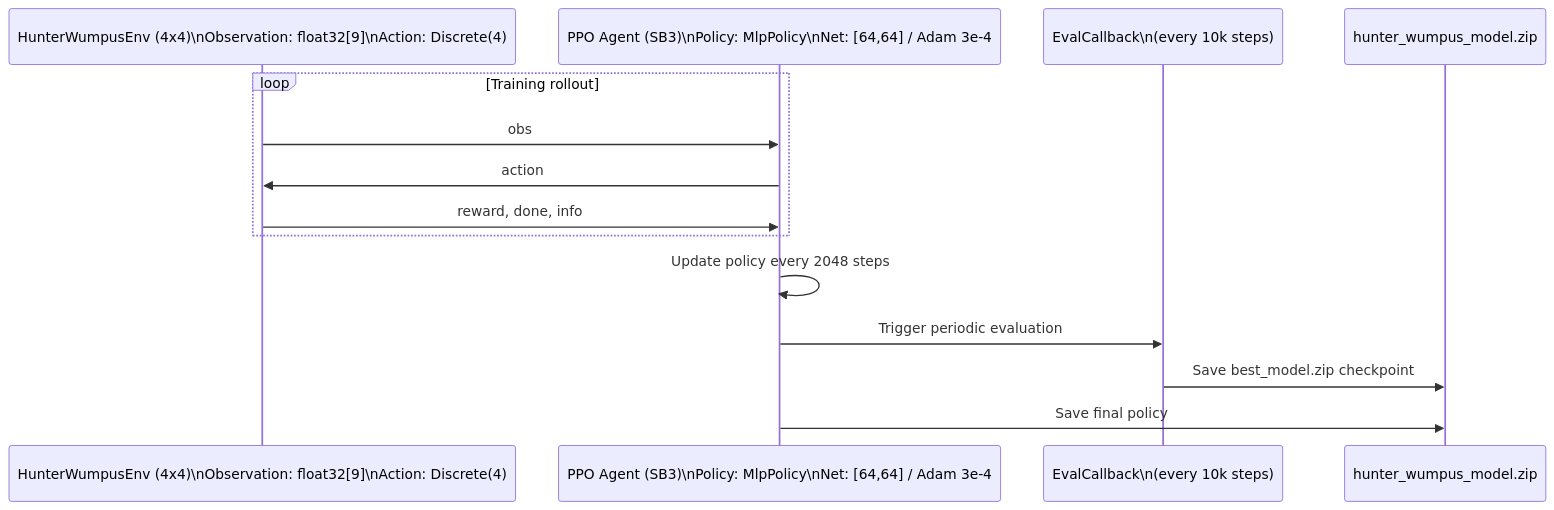
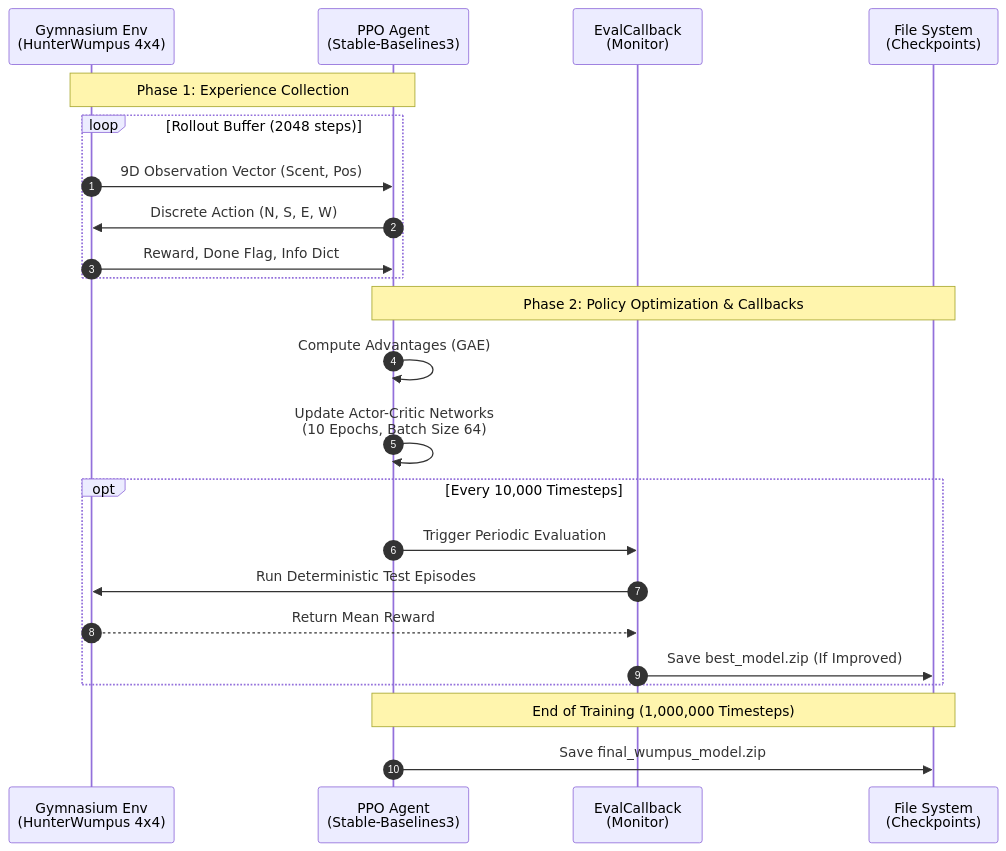
Before and after one commit to Amritesh-878/hunter-wumpus: the fourth of 4 diagrams in TECHNICAL_REPORT.md, drawn with Mermaid. The commit also changed other lines of this file, not shown here.

Commit message:
feat(diagrams): update architecture and component relationship diagrams to use Mermaid syntax

````diff
--- a/TECHNICAL_REPORT.md
+++ b/TECHNICAL_REPORT.md
@@ -247,18 +280,33 @@
 ```mermaid
 sequenceDiagram
-    participant Env as HunterWumpusEnv (4x4)\nObservation: float32[9]\nAction: Discrete(4)
-    participant PPO as PPO Agent (SB3)\nPolicy: MlpPolicy\nNet: [64,64] / Adam 3e-4
-    participant Eval as EvalCallback\n(every 10k steps)
-    participant Model as hunter_wumpus_model.zip
+    autonumber
 
-    loop Training rollout
-        Env->>PPO: obs
-        PPO->>Env: action
-        Env->>PPO: reward, done, info
+    %% Define participants with HTML breaks for parser safety
+    participant Env as Gymnasium Env<br>(HunterWumpus 4x4)
+    participant PPO as PPO Agent<br>(Stable-Baselines3)
+    participant Eval as EvalCallback<br>(Monitor)
+    participant Disk as File System<br>(Checkpoints)
+
+    Note over Env, PPO: Phase 1: Experience Collection
+
+    loop Rollout Buffer (2048 steps)
+        Env->>PPO: 9D Observation Vector (Scent, Pos)
+        PPO->>Env: Discrete Action (N, S, E, W)
+        Env->>PPO: Reward, Done Flag, Info Dict
     end
 
-    PPO->>PPO: Update policy every 2048 steps
-    PPO->>Eval: Trigger periodic evaluation
-    Eval->>Model: Save best_model.zip checkpoint
-    PPO->>Model: Save final policy
+    Note over PPO, Disk: Phase 2: Policy Optimization & Callbacks
+
+    PPO->>PPO: Compute Advantages (GAE)
+    PPO->>PPO: Update Actor-Critic Networks<br>(10 Epochs, Batch Size 64)
+
+    opt Every 10,000 Timesteps
+        PPO->>Eval: Trigger Periodic Evaluation
+        Eval->>Env: Run Deterministic Test Episodes
+        Env-->>Eval: Return Mean Reward
+        Eval->>Disk: Save best_model.zip (If Improved)
+    end
+
+    Note over PPO, Disk: End of Training (1,000,000 Timesteps)
+    PPO->>Disk: Save final_wumpus_model.zip
 ```
````
